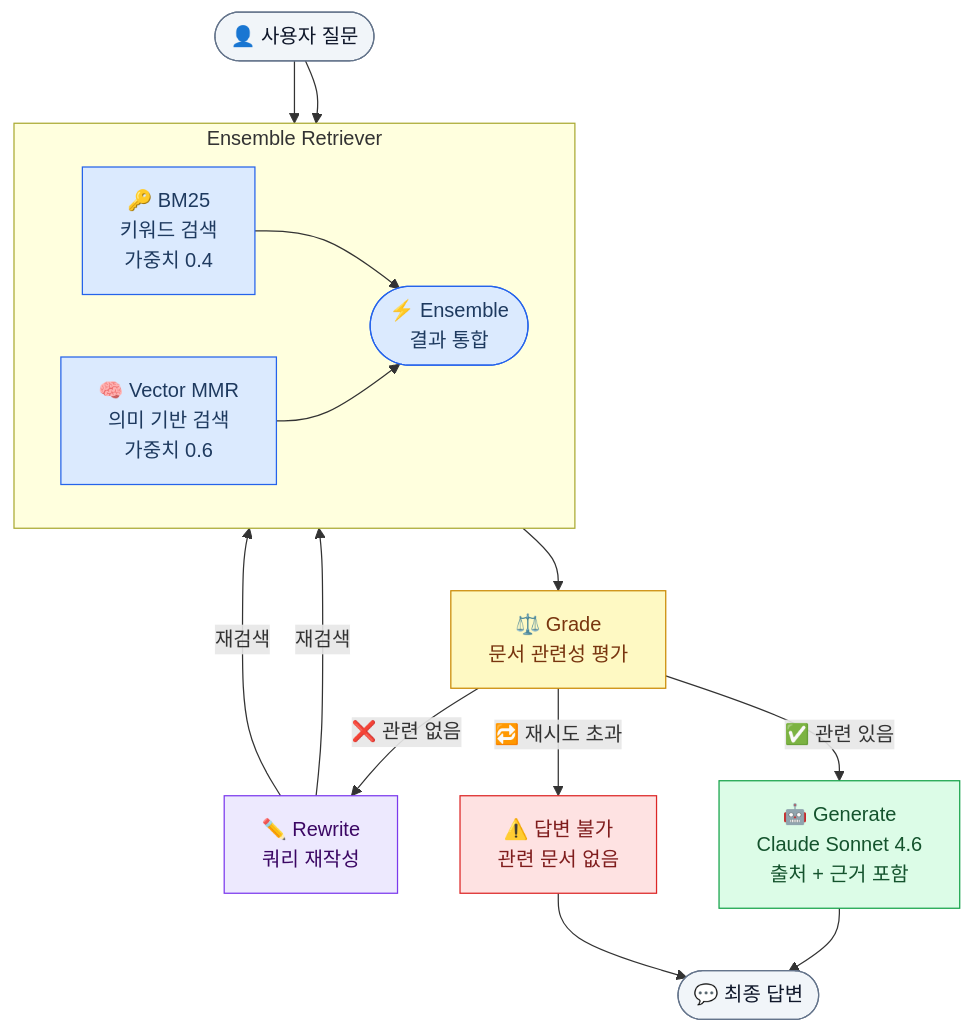
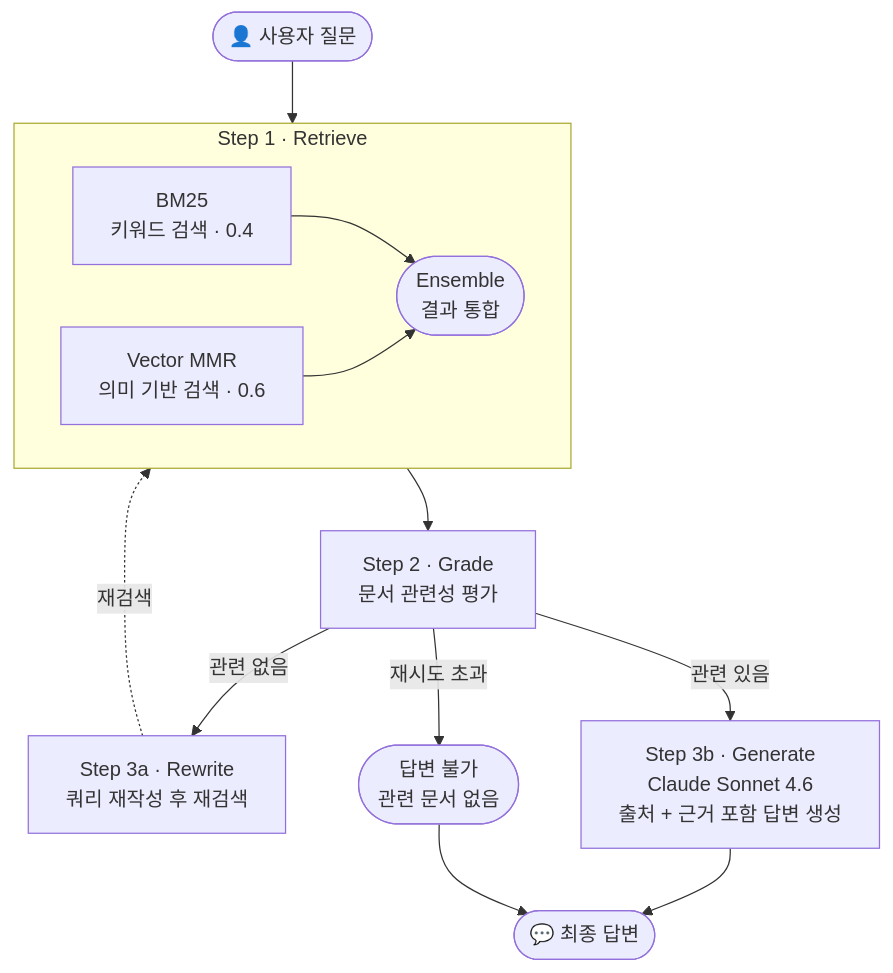
The first of 2 diagrams in README.md (dhdlswhd34/AI-agent), drawn with Mermaid before and after one commit. The commit also changed other lines of this file, not shown here.

Commit message:
README: 아키텍처·Retriever 다이어그램 레이아웃 정리 및 색상 제거
단계별 순서가 명확하도록 배치 개선, Retriever 섹션도 Mermaid로 교체

````diff
--- a/README.md
+++ b/README.md
@@ -9,44 +9,31 @@
 ```mermaid
 flowchart TD
     USER(["👤 사용자 질문"])
 
-    subgraph ENSEMBLE["  Ensemble Retriever  "]
+    subgraph RETRIEVE["Step 1 · Retrieve"]
         direction LR
-        BM25["🔑 BM25\n키워드 검색\n가중치 0.4"]
-        VEC["🧠 Vector MMR\n의미 기반 검색\n가중치 0.6"]
-        MERGE(["⚡ Ensemble\n결과 통합"])
+        BM25["BM25\n키워드 검색 · 0.4"]
+        VEC["Vector MMR\n의미 기반 검색 · 0.6"]
+        MERGE(["Ensemble\n결과 통합"])
         BM25 --> MERGE
         VEC --> MERGE
     end
 
-    GRADE["⚖️ Grade\n문서 관련성 평가"]
-    REWRITE["✏️ Rewrite\n쿼리 재작성"]
-    GEN["🤖 Generate\nClaude Sonnet 4.6\n출처 + 근거 포함"]
-    FAIL["⚠️ 답변 불가\n관련 문서 없음"]
+    GRADE["Step 2 · Grade\n문서 관련성 평가"]
+
+    REWRITE["Step 3a · Rewrite\n쿼리 재작성 후 재검색"]
+
+    GEN["Step 3b · Generate\nClaude Sonnet 4.6\n출처 + 근거 포함 답변 생성"]
+
+    FAIL(["답변 불가\n관련 문서 없음"])
     ANS(["💬 최종 답변"])
 
-    USER --> BM25
-    USER --> VEC
+    USER --> RETRIEVE
     MERGE --> GRADE
-    GRADE -- "✅ 관련 있음" --> GEN
-    GRADE -- "❌ 관련 없음" --> REWRITE
-    REWRITE -- "재검색" --> BM25
-    REWRITE -- "재검색" --> VEC
-    GRADE -- "🔁 재시도 초과" --> FAIL
+    GRADE -- "관련 있음" --> GEN
+    GRADE -- "관련 없음" --> REWRITE
+    REWRITE -. "재검색" .-> RETRIEVE
+    GRADE -- "재시도 초과" --> FAIL
     GEN --> ANS
     FAIL --> ANS
-
-    classDef retrieverNode fill:#dbeafe,stroke:#2563eb,color:#1e3a5f
-    classDef gradeNode fill:#fef9c3,stroke:#ca8a04,color:#78350f
-    classDef genNode fill:#dcfce7,stroke:#16a34a,color:#14532d
-    classDef rewriteNode fill:#ede9fe,stroke:#7c3aed,color:#3b0764
-    classDef failNode fill:#fee2e2,stroke:#dc2626,color:#7f1d1d
-    classDef termNode fill:#f1f5f9,stroke:#64748b,color:#0f172a
-
-    class BM25,VEC,MERGE retrieverNode
-    class GRADE gradeNode
-    class GEN genNode
-    class REWRITE rewriteNode
-    class FAIL failNode
-    class USER,ANS termNode
 ```
````
